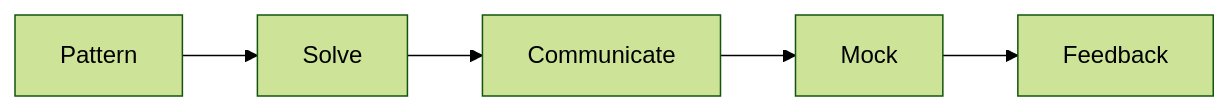
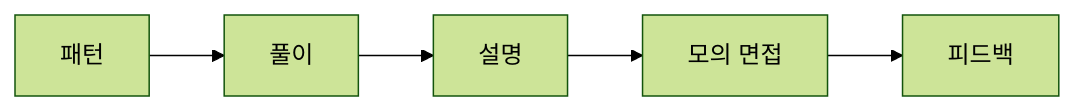
One commit to yeongseon-books/book-content changed the diagram in content/developer-career-101/ko/05-coding-interview.md. Above: the diagram before and after it, drawn with Mermaid (forest theme). The commit also changed other lines of this file and 9 other files, not shown here.

````diff
--- a/content/developer-career-101/ko/05-coding-interview.md
+++ b/content/developer-career-101/ko/05-coding-interview.md
@@ -33,7 +46,7 @@
 ```mermaid
 flowchart LR
-    P[Pattern] --> S[Solve]
-    S --> C[Communicate]
-    C --> M[Mock]
-    M --> F[Feedback]
+    P[패턴] --> S[풀이]
+    S --> C[설명]
+    C --> M[모의 면접]
+    M --> F[피드백]
 ```
````
